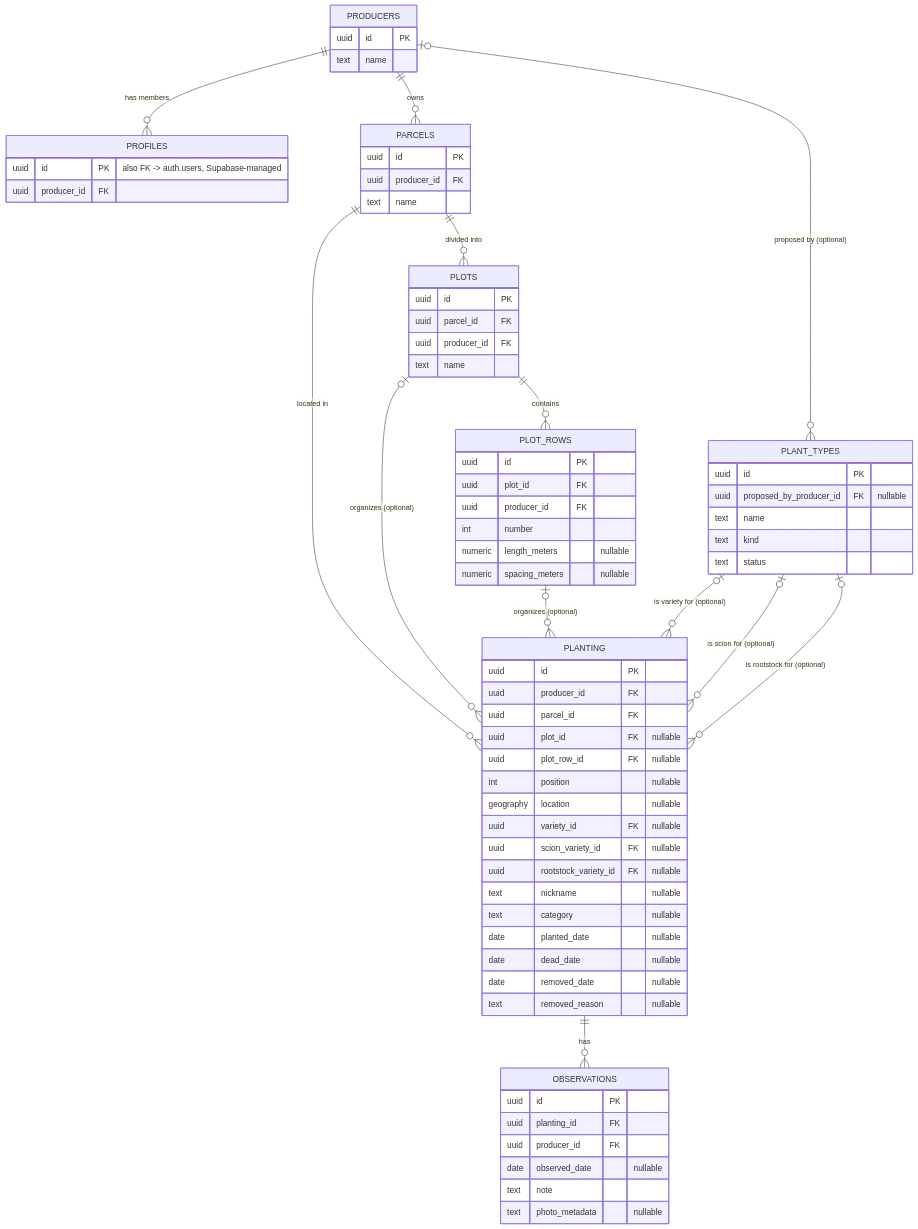
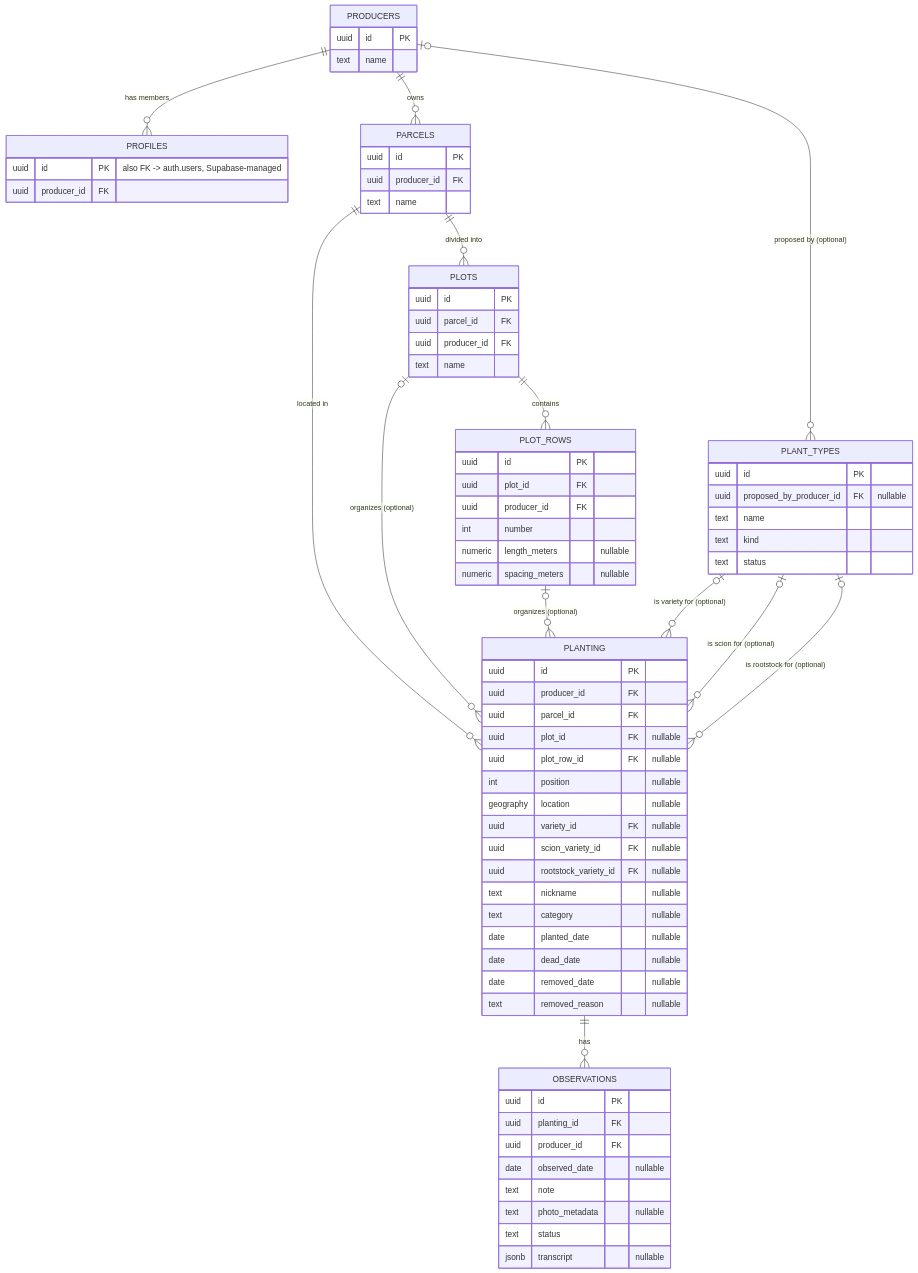
One commit to sethschrage/growdy changed the diagram in docs/data-model.md. Above: the diagram before and after it, drawn with Mermaid. The commit also changed other lines of this file, not shown here.

First line of the commit message:
docs: update ER diagram for observations status/transcript (#28)

````diff
--- a/docs/data-model.md
+++ b/docs/data-model.md
@@ -8,76 +8,78 @@
 ```mermaid
 erDiagram
     PRODUCERS {
         uuid id PK
         text name
     }
     PROFILES {
         uuid id PK "also FK -> auth.users, Supabase-managed"
         uuid producer_id FK
     }
     PARCELS {
         uuid id PK
         uuid producer_id FK
         text name
     }
     PLOTS {
         uuid id PK
         uuid parcel_id FK
         uuid producer_id FK
         text name
     }
     PLOT_ROWS {
         uuid id PK
         uuid plot_id FK
         uuid producer_id FK
         int number
         numeric length_meters "nullable"
         numeric spacing_meters "nullable"
     }
     PLANTING {
         uuid id PK
         uuid producer_id FK
         uuid parcel_id FK
         uuid plot_id FK "nullable"
         uuid plot_row_id FK "nullable"
         int position "nullable"
         geography location "nullable"
         uuid variety_id FK "nullable"
         uuid scion_variety_id FK "nullable"
         uuid rootstock_variety_id FK "nullable"
         text nickname "nullable"
         text category "nullable"
         date planted_date "nullable"
         date dead_date "nullable"
         date removed_date "nullable"
         text removed_reason "nullable"
     }
     PLANT_TYPES {
         uuid id PK
         uuid proposed_by_producer_id FK "nullable"
         text name
         text kind
         text status
     }
     OBSERVATIONS {
         uuid id PK
         uuid planting_id FK
         uuid producer_id FK
         date observed_date "nullable"
         text note
         text photo_metadata "nullable"
+        text status
+        jsonb transcript "nullable"
     }
 
     PRODUCERS ||--o{ PROFILES : "has members"
     PRODUCERS ||--o{ PARCELS : owns
     PARCELS ||--o{ PLOTS : "divided into"
     PLOTS ||--o{ PLOT_ROWS : contains
     PARCELS ||--o{ PLANTING : "located in"
     PLOTS |o--o{ PLANTING : "organizes (optional)"
     PLOT_ROWS |o--o{ PLANTING : "organizes (optional)"
     PLANTING ||--o{ OBSERVATIONS : "has"
     PLANT_TYPES |o--o{ PLANTING : "is variety for (optional)"
     PLANT_TYPES |o--o{ PLANTING : "is scion for (optional)"
     PLANT_TYPES |o--o{ PLANTING : "is rootstock for (optional)"
     PRODUCERS |o--o{ PLANT_TYPES : "proposed by (optional)"
 ```
````
